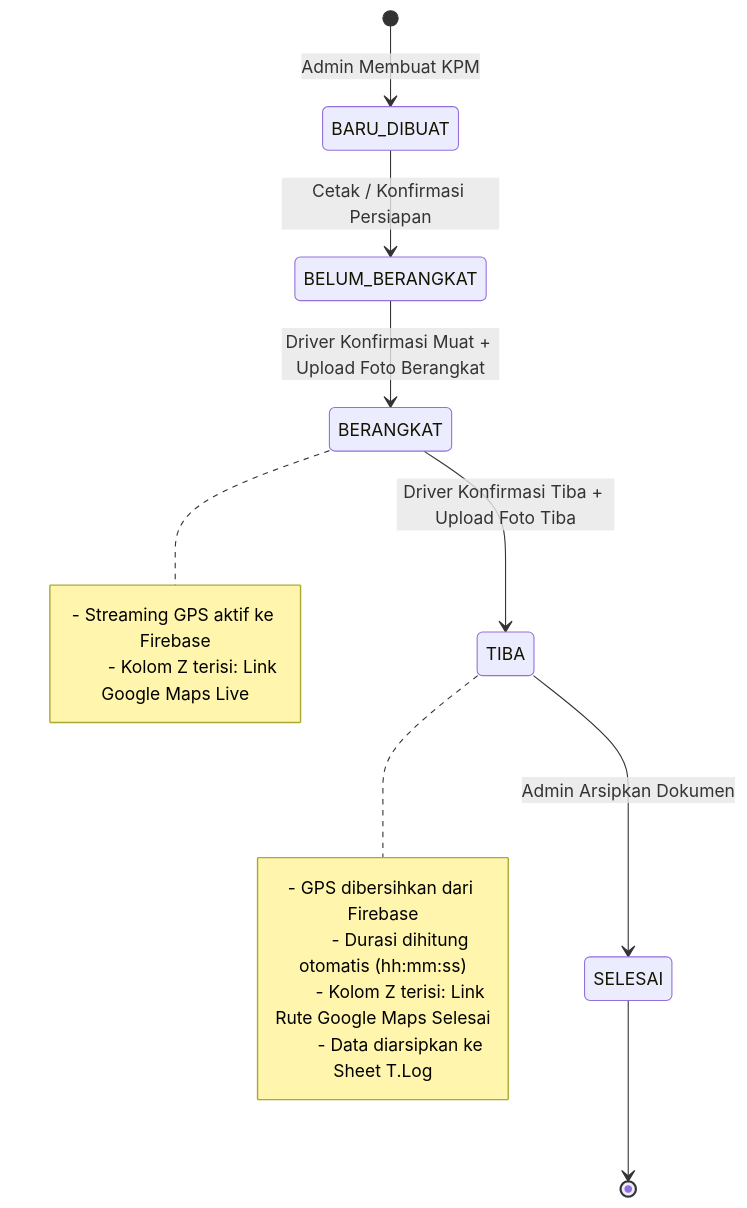
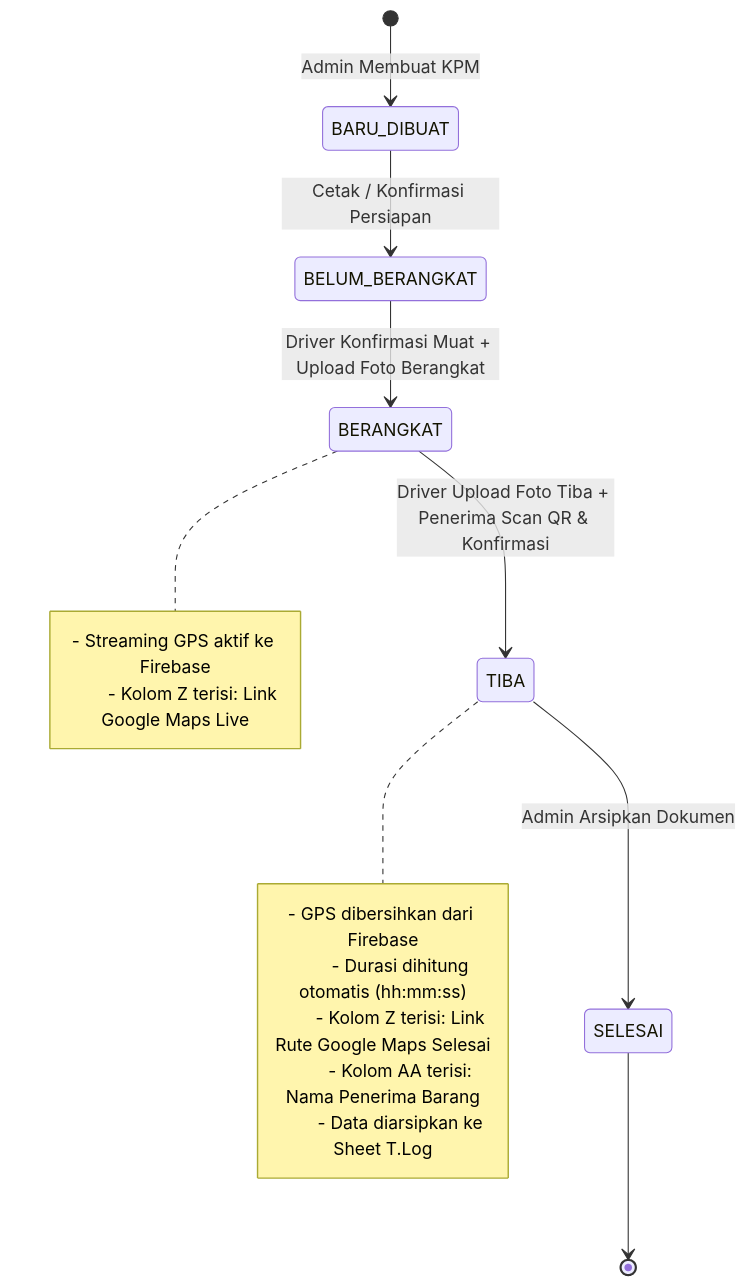
One commit to SepTGut/KPMscirpt changed the second of 2 diagrams in README.md. Above: the diagram before and after it, drawn with Mermaid. The commit also changed other lines of this file and 43 other files, not shown here.

````diff
--- a/README.md
+++ b/README.md
@@ -162,21 +178,22 @@
 ```mermaid
 stateDiagram-v2
     [*] --> BARU_DIBUAT : Admin Membuat KPM
     BARU_DIBUAT --> BELUM_BERANGKAT : Cetak / Konfirmasi Persiapan
     BELUM_BERANGKAT --> BERANGKAT : Driver Konfirmasi Muat + Upload Foto Berangkat
-    BERANGKAT --> TIBA : Driver Konfirmasi Tiba + Upload Foto Tiba
+    BERANGKAT --> TIBA : Driver Upload Foto Tiba + Penerima Scan QR & Konfirmasi
     TIBA --> SELESAI : Admin Arsipkan Dokumen
     SELESAI --> [*]
 
     note right of BERANGKAT
         - Streaming GPS aktif ke Firebase
         - Kolom Z terisi: Link Google Maps Live
     end note
 
     note right of TIBA
         - GPS dibersihkan dari Firebase
         - Durasi dihitung otomatis (hh:mm:ss)
         - Kolom Z terisi: Link Rute Google Maps Selesai
+        - Kolom AA terisi: Nama Penerima Barang
         - Data diarsipkan ke Sheet T.Log
     end note
 ```
````
